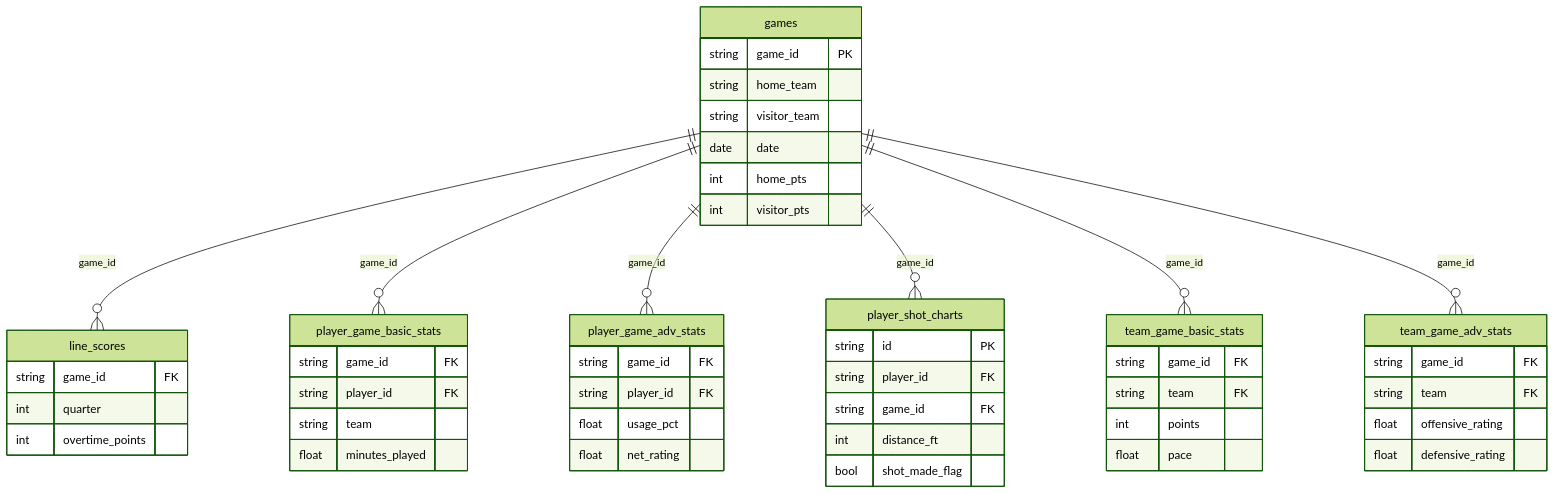
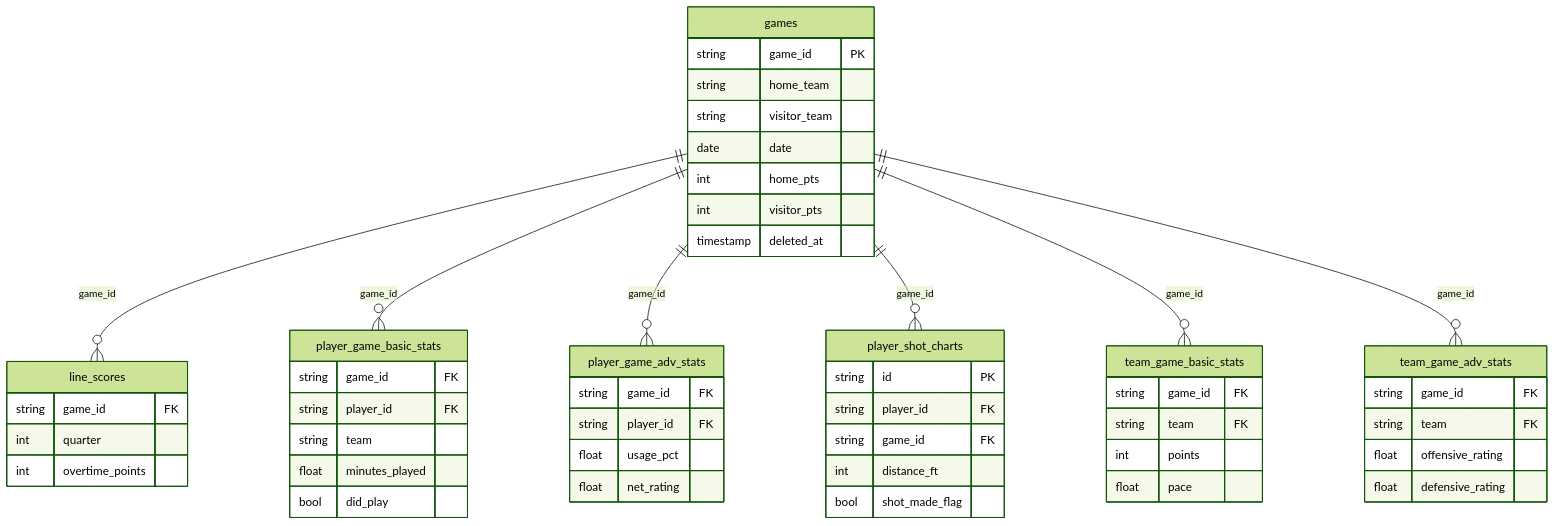
Before and after one commit to nprasad2077/dbt_sample: the first of 2 diagrams in .agents/summary/interfaces.md, drawn with Mermaid (forest theme). The commit also changed other lines of this file and 12 other files, not shown here.

Commit message:
charts update

````diff
--- a/.agents/summary/interfaces.md
+++ b/.agents/summary/interfaces.md
@@ -19,54 +32,56 @@
 ```mermaid
 erDiagram
     games {
         string game_id PK
         string home_team
         string visitor_team
         date date
         int home_pts
         int visitor_pts
+        timestamp deleted_at
     }
     line_scores {
         string game_id FK
         int quarter
         int overtime_points
     }
     player_game_basic_stats {
         string game_id FK
         string player_id FK
         string team
         float minutes_played
+        bool did_play
     }
     player_game_adv_stats {
         string game_id FK
         string player_id FK
         float usage_pct
         float net_rating
     }
     player_shot_charts {
         string id PK
         string player_id FK
         string game_id FK
         int distance_ft
         bool shot_made_flag
     }
     team_game_basic_stats {
         string game_id FK
         string team FK
         int points
         float pace
     }
     team_game_adv_stats {
         string game_id FK
         string team FK
         float offensive_rating
         float defensive_rating
     }
 
     games ||--o{ line_scores : "game_id"
     games ||--o{ player_game_basic_stats : "game_id"
     games ||--o{ player_game_adv_stats : "game_id"
     games ||--o{ player_shot_charts : "game_id"
     games ||--o{ team_game_basic_stats : "game_id"
     games ||--o{ team_game_adv_stats : "game_id"
 ```
````
